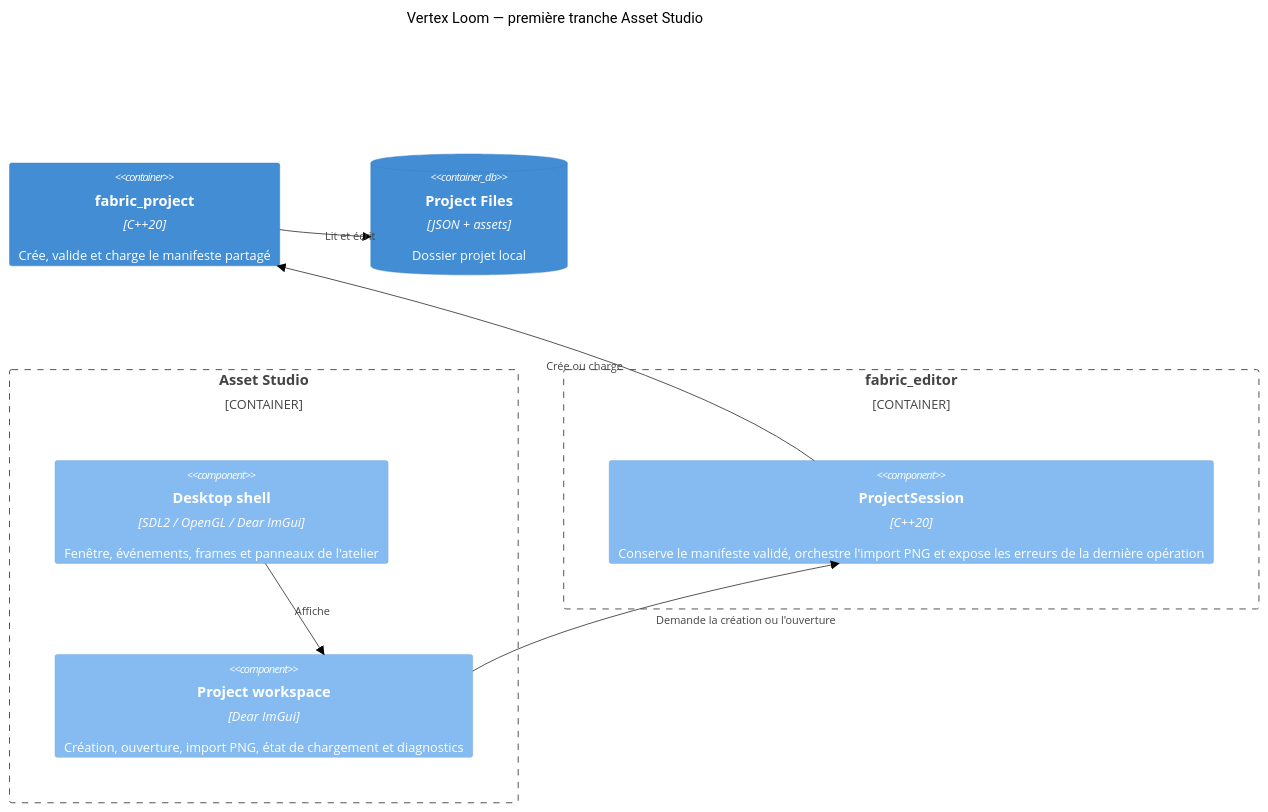
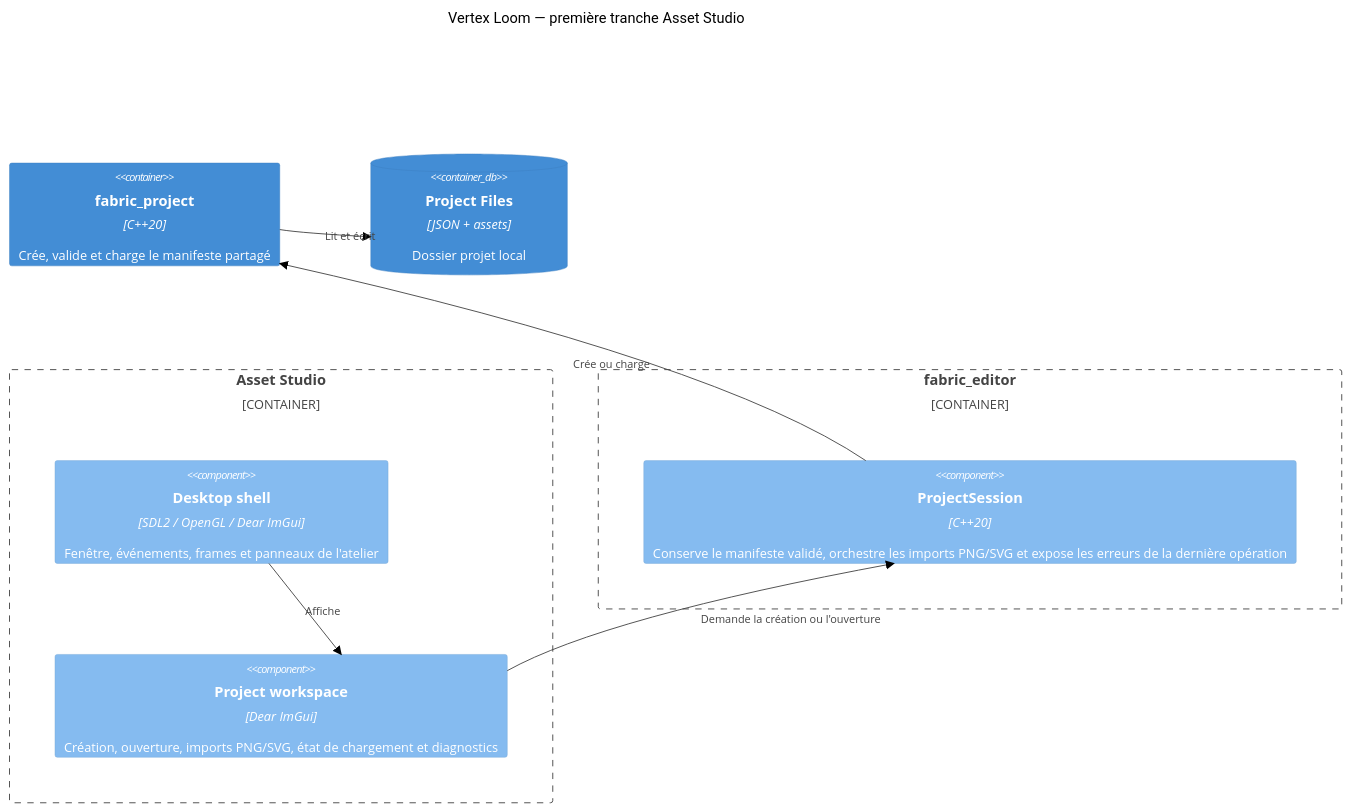
Before and after one commit to tristan-monticelli/vertex-loom: the diagram in docs/architecture/components/editor-shell.md, drawn with Mermaid (forest theme). The commit also changed other lines of this file and 25 other files, not shown here.

Commit message:
feat(asset): add persistent SVG import

````diff
--- a/docs/architecture/components/editor-shell.md
+++ b/docs/architecture/components/editor-shell.md
@@ -3,17 +3,17 @@
 ```mermaid
 C4Component
     title Vertex Loom — première tranche Asset Studio
     Container_Boundary(asset, "Asset Studio") {
         Component(shell, "Desktop shell", "SDL2 / OpenGL / Dear ImGui", "Fenêtre, événements, frames et panneaux de l'atelier")
-        Component(project_ui, "Project workspace", "Dear ImGui", "Création, ouverture, import PNG, état de chargement et diagnostics")
+        Component(project_ui, "Project workspace", "Dear ImGui", "Création, ouverture, imports PNG/SVG, état de chargement et diagnostics")
     }
     Container_Boundary(editor, "fabric_editor") {
-        Component(session, "ProjectSession", "C++20", "Conserve le manifeste validé, orchestre l'import PNG et expose les erreurs de la dernière opération")
+        Component(session, "ProjectSession", "C++20", "Conserve le manifeste validé, orchestre les imports PNG/SVG et expose les erreurs de la dernière opération")
     }
     Container(project, "fabric_project", "C++20", "Crée, valide et charge le manifeste partagé")
     ContainerDb(files, "Project Files", "JSON + assets", "Dossier projet local")
     Rel(shell, project_ui, "Affiche")
     Rel(project_ui, session, "Demande la création ou l'ouverture")
     Rel(session, project, "Crée ou charge")
     Rel(project, files, "Lit et écrit")
 ```
````
